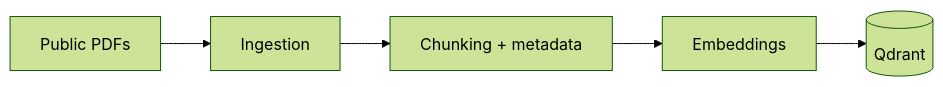
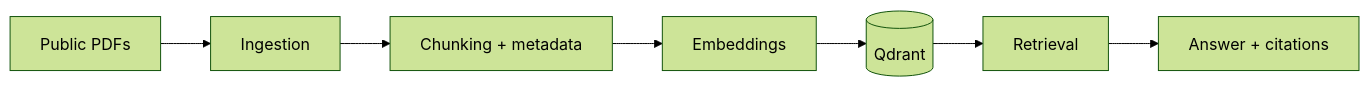
The first of 3 diagrams in docs/ARCHITECTURE.md (MayankYadav-ds/enterprise-rag-agent), drawn with Mermaid (forest theme) before and after one commit. The commit also changed other lines of this file, not shown here.

First line of the commit message:
docs(ARCHITECTURE): add the retrieval step and a Retrieval section

````diff
--- a/docs/ARCHITECTURE.md
+++ b/docs/ARCHITECTURE.md
@@ -8,7 +8,9 @@
 ```mermaid
 flowchart LR
     D[Public PDFs] --> I[Ingestion]
     I --> C[Chunking + metadata]
     C --> E[Embeddings]
     E --> Q[(Qdrant)]
+    Q --> R[Retrieval]
+    R --> A[Answer + citations]
 ```
````
